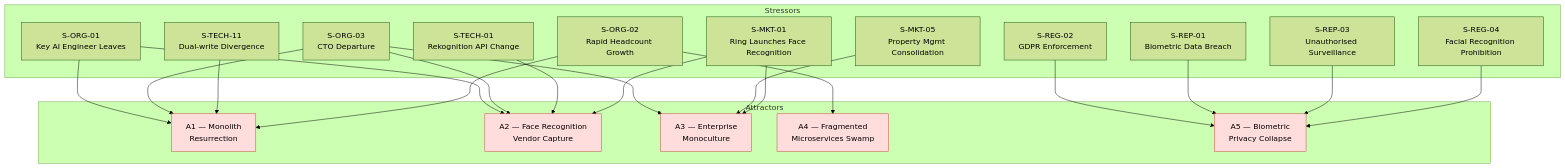
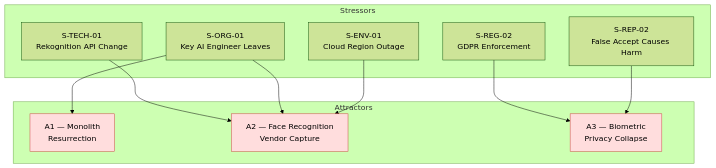
Before and after one commit to magnusbakken/residuality-example: the fourth of 4 diagrams in docs/residuality-theory/attractors-analysis.md, drawn with Mermaid (forest theme). The commit also changed other lines of this file and 15 other files, not shown here.

````diff
--- a/docs/residuality-theory/attractors-analysis.md
+++ b/docs/residuality-theory/attractors-analysis.md
@@ -198,47 +117,27 @@
 ```mermaid
 graph TD
     subgraph Stressors
-        S1["S-ORG-01<br/>Key AI Engineer Leaves"]
-        S2["S-ORG-03<br/>CTO Departure"]
-        S3["S-TECH-11<br/>Dual-write Divergence"]
-        S4["S-MKT-05<br/>Property Mgmt Consolidation"]
-        S5["S-TECH-01<br/>Rekognition API Change"]
-        S6["S-ORG-02<br/>Rapid Headcount Growth"]
-        S7["S-REG-02<br/>GDPR Enforcement"]
-        S8["S-REP-01<br/>Biometric Data Breach"]
-        S9["S-MKT-01<br/>Ring Launches Face Recognition"]
-        S10["S-REP-03<br/>Unauthorised Surveillance"]
-        S11["S-REG-04<br/>Facial Recognition Prohibition"]
+        S1["S-TECH-01<br/>Rekognition API Change"]
+        S2["S-ORG-01<br/>Key AI Engineer Leaves"]
+        S3["S-ENV-01<br/>Cloud Region Outage"]
+        S4["S-REG-02<br/>GDPR Enforcement"]
+        S5["S-REP-02<br/>False Accept Causes Harm"]
     end
 
     subgraph Attractors
         A1["A1 — Monolith\nResurrection"]
         A2["A2 — Face Recognition\nVendor Capture"]
-        A3["A3 — Enterprise\nMonoculture"]
-        A4["A4 — Fragmented\nMicroservices Swamp"]
-        A5["A5 — Biometric\nPrivacy Collapse"]
+        A3["A3 — Biometric\nPrivacy Collapse"]
     end
 
-    S1 --> A1
     S1 --> A2
     S2 --> A1
-    S2 --> A3
     S2 --> A2
-    S3 --> A1
+    S3 --> A2
     S4 --> A3
-    S5 --> A2
-    S6 --> A4
-    S6 --> A1
-    S7 --> A5
-    S8 --> A5
-    S9 --> A2
-    S9 --> A3
-    S10 --> A5
-    S11 --> A5
+    S5 --> A3
 
     style A1 fill:#ffdddd,stroke:#cc4444
     style A2 fill:#ffdddd,stroke:#cc4444
     style A3 fill:#ffdddd,stroke:#cc4444
-    style A4 fill:#ffdddd,stroke:#cc4444
-    style A5 fill:#ffdddd,stroke:#cc4444
 ```
````
